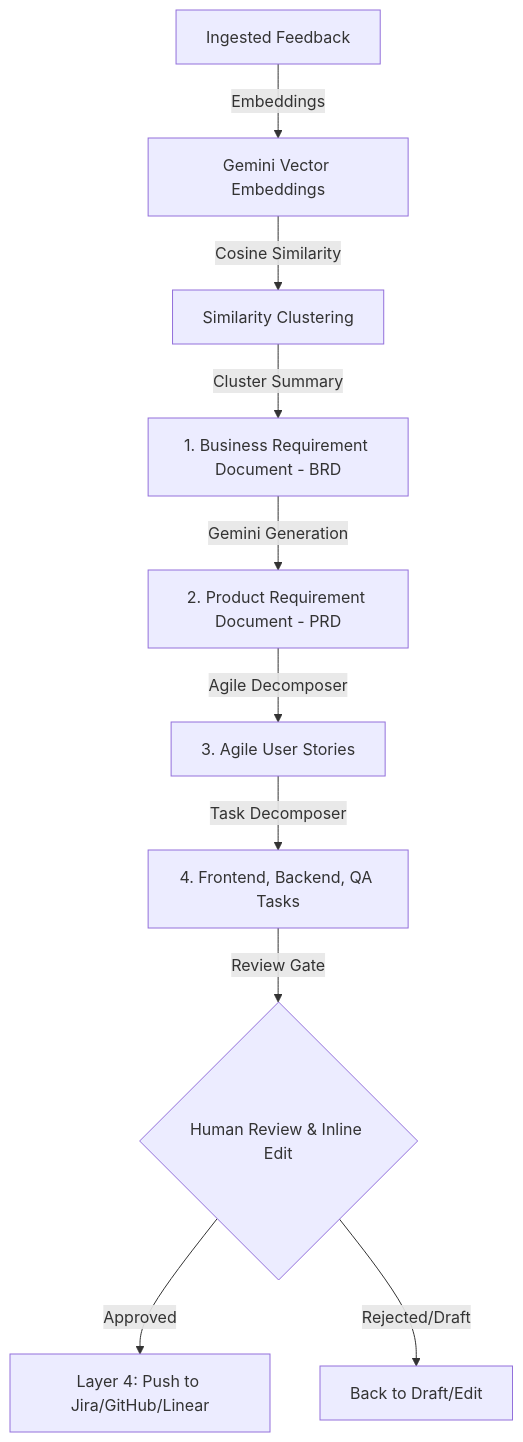
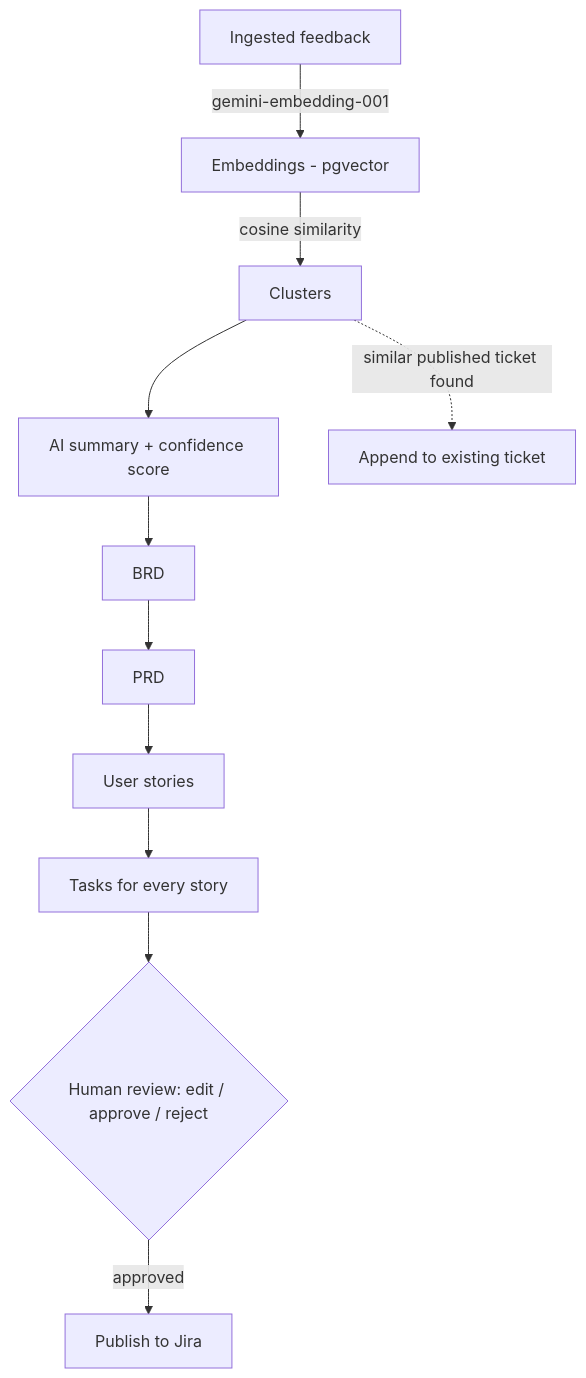
One commit to Saurabh-1785/apeai changed the diagram in README.md. Above: the diagram before and after it, drawn with Mermaid. The commit also changed other lines of this file and 50 other files, not shown here.

````diff
--- a/README.md
+++ b/README.md
@@ -49,12 +20,13 @@
 ```mermaid
 graph TD
-    Raw[Ingested Feedback] -->|Embeddings| Emb[Gemini Vector Embeddings]
-    Emb -->|Cosine Similarity| Clust[Similarity Clustering]
-    Clust -->|Cluster Summary| BRD[1. Business Requirement Document - BRD]
-    BRD -->|Gemini Generation| PRD[2. Product Requirement Document - PRD]
-    PRD -->|Agile Decomposer| Stories[3. Agile User Stories]
-    Stories -->|Task Decomposer| Tasks[4. Frontend, Backend, QA Tasks]
-    Tasks -->|Review Gate| Review{Human Review & Inline Edit}
-    Review -->|Approved| Publish[Layer 4: Push to Jira/GitHub/Linear]
-    Review -->|Rejected/Draft| Edit[Back to Draft/Edit]
+    Raw[Ingested feedback] -->|gemini-embedding-001| Emb[Embeddings - pgvector]
+    Emb -->|cosine similarity| Clust[Clusters]
+    Clust --> Sum[AI summary + confidence score]
+    Sum --> BRD[BRD]
+    BRD --> PRD[PRD]
+    PRD --> Stories[User stories]
+    Stories --> Tasks[Tasks for every story]
+    Tasks --> Review{Human review: edit / approve / reject}
+    Review -->|approved| Publish[Publish to Jira]
+    Clust -.->|similar published ticket found| Dup[Append to existing ticket]
 ```
````
